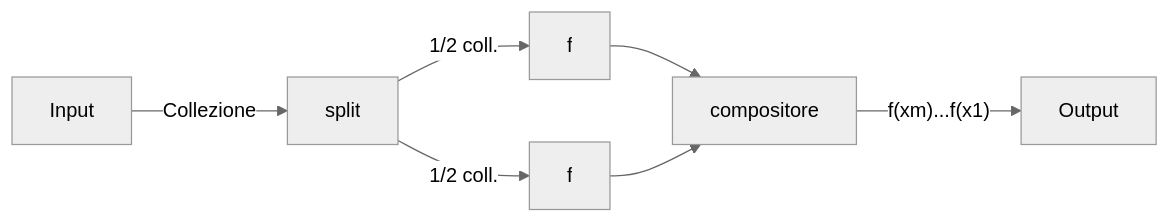
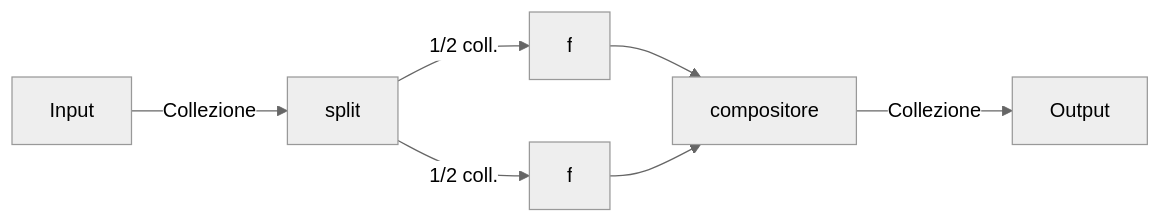
Before and after one commit to SuperSamus/appunti-universitari: the third of 3 diagrams in Architettura e sistemi operativi/Parallelismo.md, drawn with Mermaid (neutral theme). The commit also changed other lines of this file, not shown here.

````diff
--- a/Architettura e sistemi operativi/Parallelismo.md
+++ b/Architettura e sistemi operativi/Parallelismo.md
@@ -147,4 +147,4 @@
 ```mermaid
 flowchart LR
-Input --> |Collezione| split --> |1/2 coll.| f1[f] & f2[f]  --> compositore --> |"f(xm)...f(x1)"| Output
+Input --> |Collezione| split --> |1/2 coll.| f1[f] & f2[f]  --> compositore --> |Collezione| Output
 ```
````
